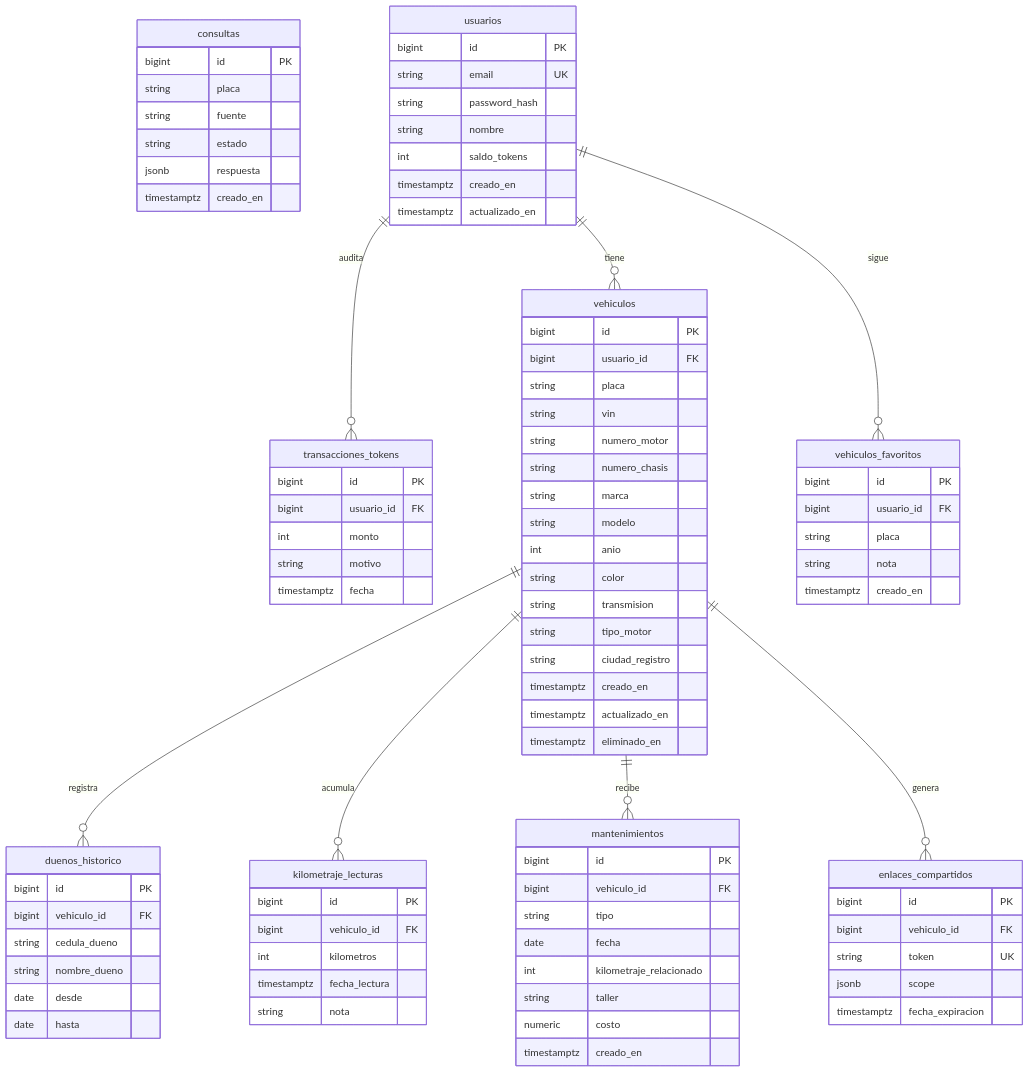
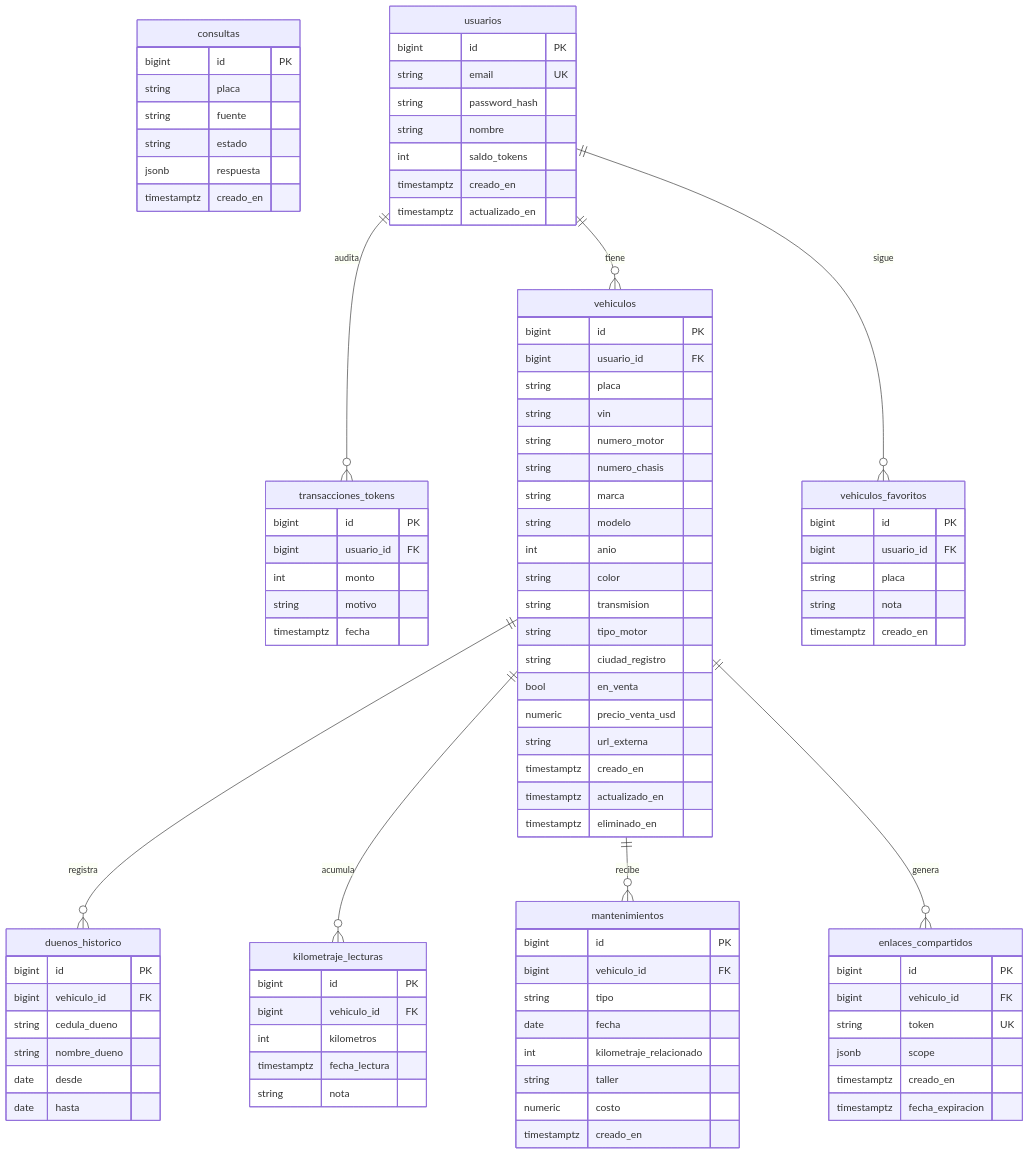
Before and after one commit to VMarcosGC/consulta-placas-ec: the fourth of 5 diagrams in docs/arquitectura.md, drawn with Mermaid. The commit also changed other lines of this file and 1 other file, not shown here.

First line of the commit message:
docs: cerrar Fase 4 en CLAUDE.md y actualizar diagramas

```diff
--- a/docs/arquitectura.md
+++ b/docs/arquitectura.md
@@ -189,6 +190,9 @@
         string transmision
         string tipo_motor
         string ciudad_registro
+        bool en_venta
+        numeric precio_venta_usd
+        string url_externa
         timestamptz creado_en
         timestamptz actualizado_en
         timestamptz eliminado_en
@@ -235,6 +239,7 @@
         bigint vehiculo_id FK
         string token UK
         jsonb scope
+        timestamptz creado_en
         timestamptz fecha_expiracion
     }
 
```
